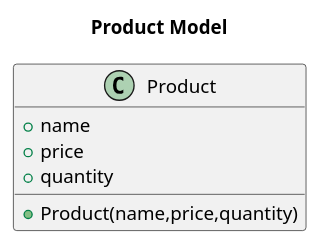
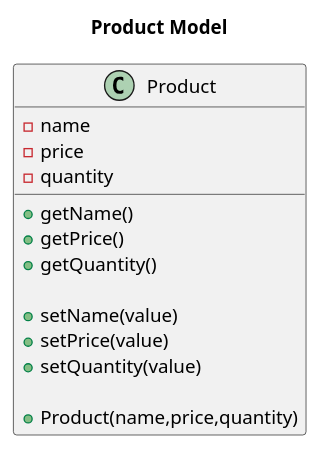
The diagram in Yeni klasör/python/chapter_04_01productmodel.wsd (ahmetarifozden/OOP), drawn with PlantUML before and after one commit. The commit also changed 6 other files, not shown here.

```diff
--- a/Yeni klasör/python/chapter_04_01productmodel.wsd
+++ b/Yeni klasör/python/chapter_04_01productmodel.wsd
@@ -1,12 +1,21 @@
 @startuml Class Diagram
 title Product Model 
 class Product{
-    +name 
-    +price 
-    +quantity
+    -name 
+    -price 
+    -quantity
+
+    +getName()
+    +getPrice()
+    +getQuantity()
+
+    +setName(value)
+    +setPrice(value)
+    +setQuantity(value)
+
     +Product(name,price,quantity)
 
 }
 
 
 @enduml
```
